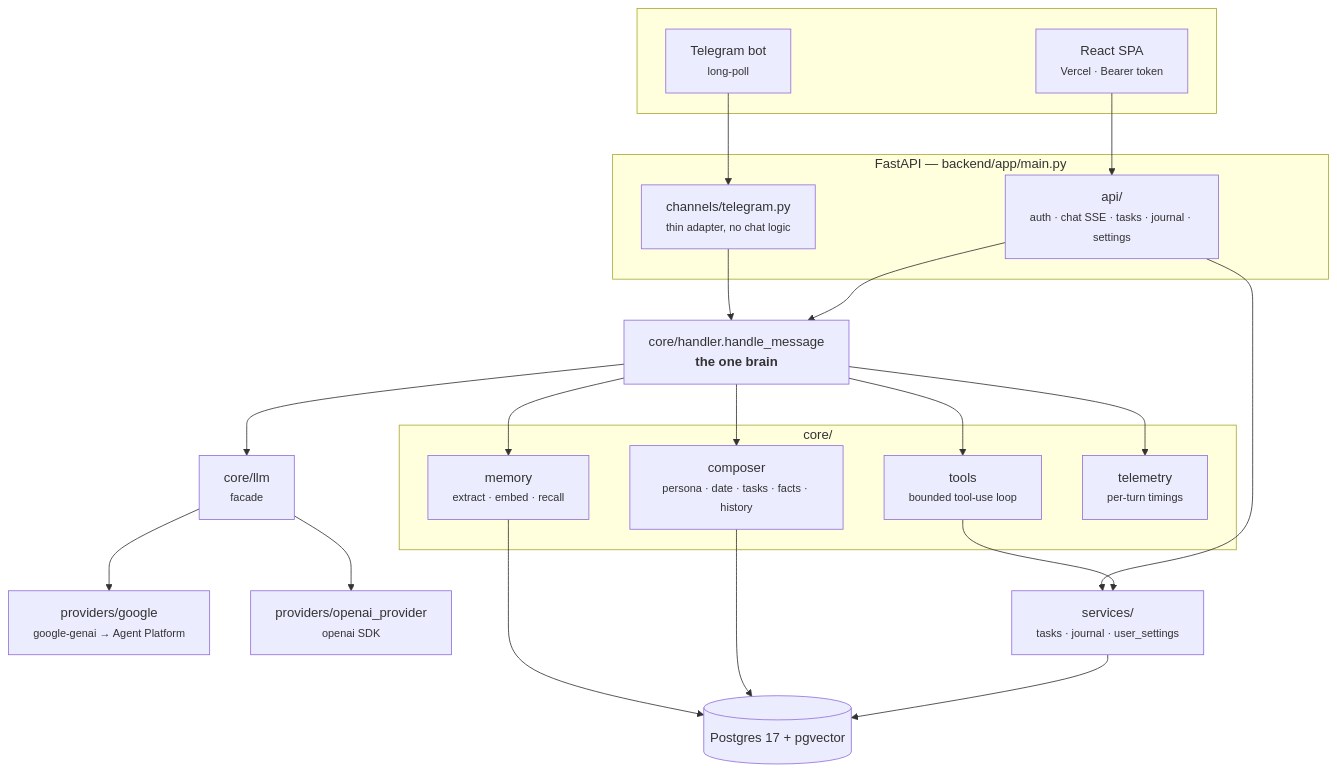
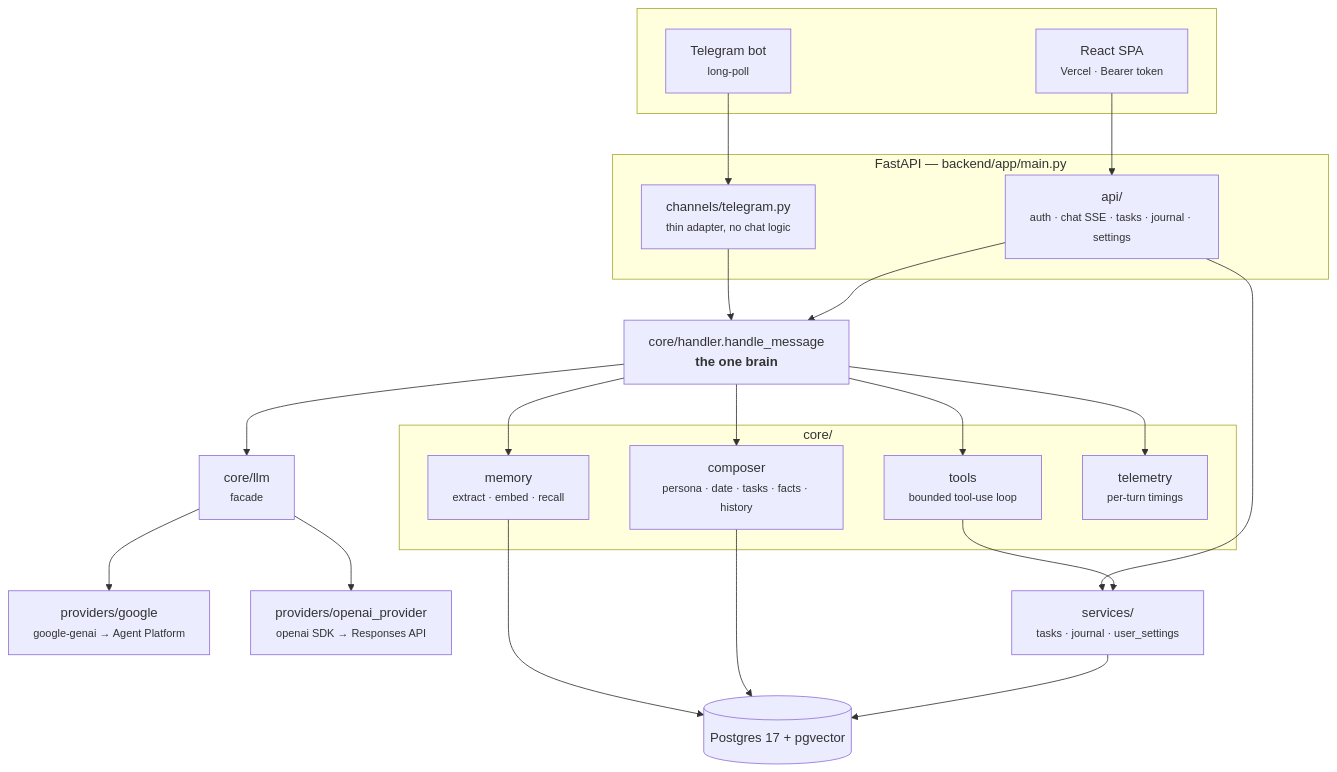
One commit to narendra632/aceroai changed the first of 5 diagrams in docs/ARCHITECTURE.md. Above: the diagram before and after it, drawn with Mermaid. The commit also changed other lines of this file and 3 other files, not shown here.

First line of the commit message:
fix(llm): move the OpenAI provider to the Responses API

````diff
--- a/docs/ARCHITECTURE.md
+++ b/docs/ARCHITECTURE.md
@@ -28,38 +28,38 @@
 ```mermaid
 flowchart TB
     subgraph clients [" "]
         SPA["React SPA<br/><small>Vercel · Bearer token</small>"]
         TG["Telegram bot<br/><small>long-poll</small>"]
     end
 
     subgraph api ["FastAPI — backend/app/main.py"]
         ROUTES["api/<br/><small>auth · chat SSE · tasks · journal · settings</small>"]
         CHAN["channels/telegram.py<br/><small>thin adapter, no chat logic</small>"]
     end
 
     BRAIN["core/handler.handle_message<br/><b>the one brain</b>"]
 
     subgraph brainparts ["core/"]
         COMP["composer<br/><small>persona · date · tasks · facts · history</small>"]
         TOOLS["tools<br/><small>bounded tool-use loop</small>"]
         MEM["memory<br/><small>extract · embed · recall</small>"]
         TEL["telemetry<br/><small>per-turn timings</small>"]
     end
 
     LLM["core/llm<br/><small>facade</small>"]
     GOOG["providers/google<br/><small>google-genai → Agent Platform</small>"]
-    OAI["providers/openai_provider<br/><small>openai SDK</small>"]
+    OAI["providers/openai_provider<br/><small>openai SDK → Responses API</small>"]
 
     SVC["services/<br/><small>tasks · journal · user_settings</small>"]
     DB[("Postgres 17 + pgvector")]
 
     SPA --> ROUTES --> BRAIN
     TG --> CHAN --> BRAIN
     BRAIN --> COMP & TOOLS & MEM & TEL
     BRAIN --> LLM --> GOOG & OAI
     TOOLS --> SVC
     ROUTES --> SVC
     SVC --> DB
     COMP --> DB
     MEM --> DB
 ```
````
